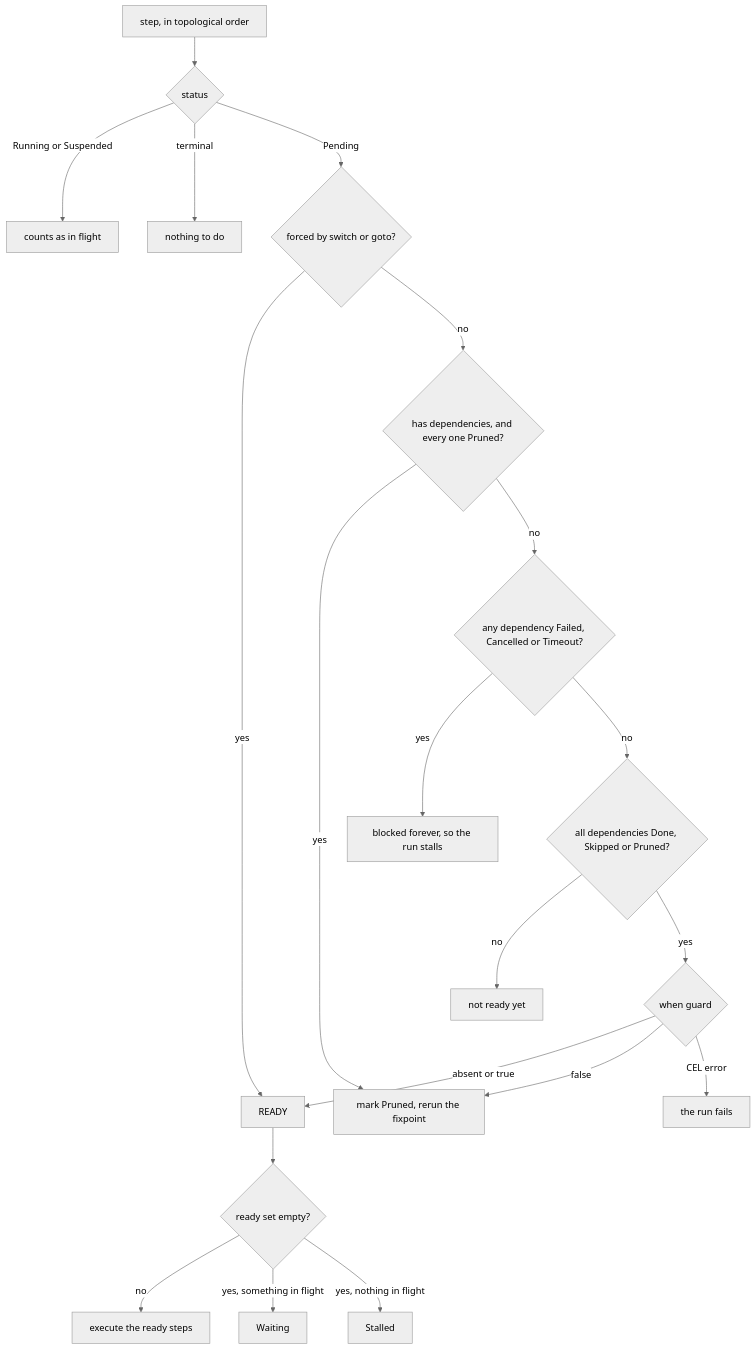
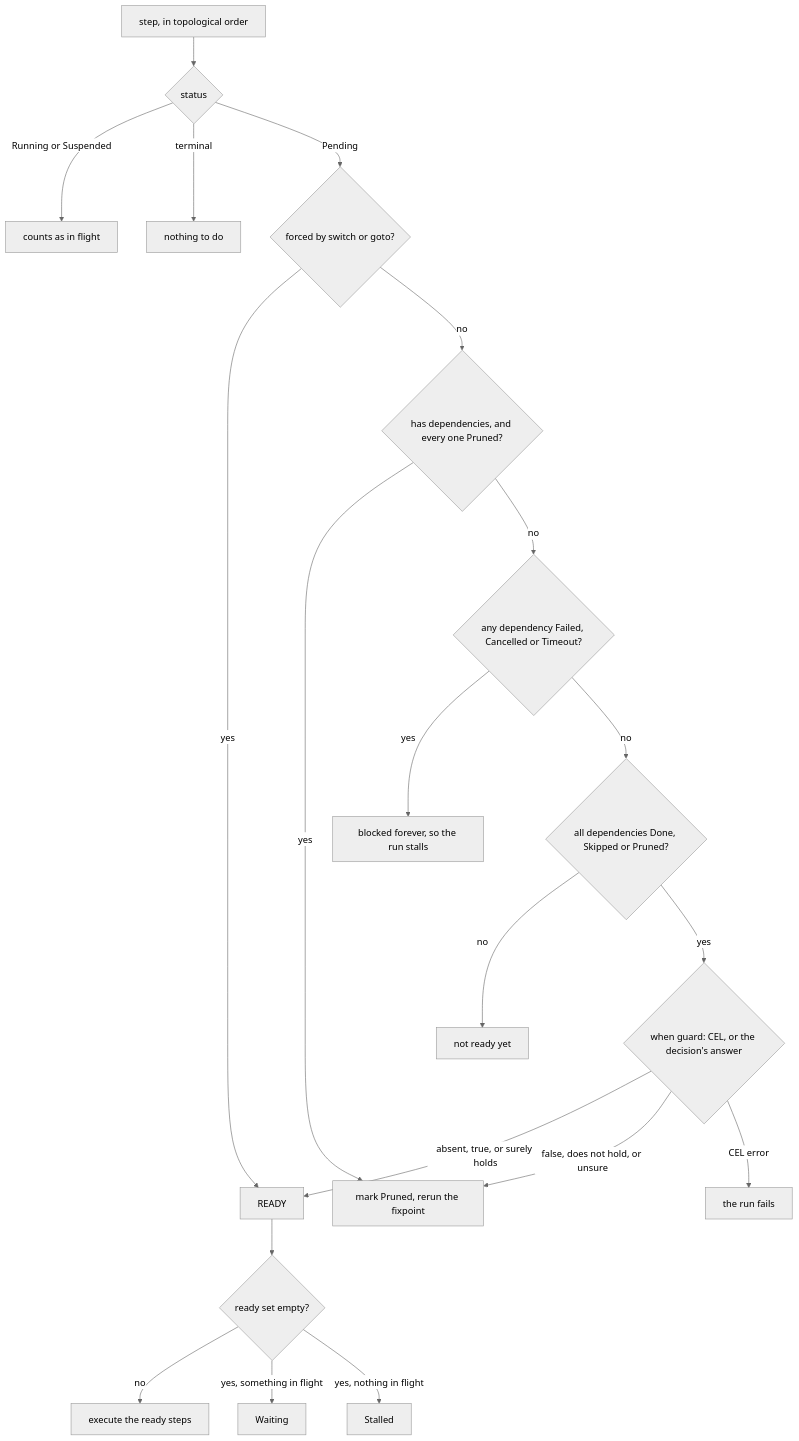
Before and after one commit to agentd-dev/source-code: the fourth of 4 diagrams in docs/workflows.md, drawn with Mermaid (neutral theme). The commit also changed other lines of this file and 45 other files, not shown here.

````diff
--- a/docs/workflows.md
+++ b/docs/workflows.md
@@ -901,22 +911,22 @@
 ```mermaid
 flowchart TD
     A["step, in topological order"] --> B{"status"}
     B -->|"Running or Suspended"| C["counts as in flight"]
     B -->|"terminal"| D["nothing to do"]
     B -->|"Pending"| E{"forced by switch or goto?"}
     E -->|"yes"| R["READY"]
     E -->|"no"| Q{"has dependencies, and every one Pruned?"}
     Q -->|"yes"| K["mark Pruned, rerun the fixpoint"]
     Q -->|"no"| F{"any dependency Failed, Cancelled or Timeout?"}
     F -->|"yes"| G["blocked forever, so the run stalls"]
     F -->|"no"| H{"all dependencies Done, Skipped or Pruned?"}
     H -->|"no"| I["not ready yet"]
-    H -->|"yes"| J{"when guard"}
-    J -->|"absent or true"| R
-    J -->|"false"| K
+    H -->|"yes"| J{"when guard: CEL, or the decision's answer"}
+    J -->|"absent, true, or surely holds"| R
+    J -->|"false, does not hold, or unsure"| K
     J -->|"CEL error"| L["the run fails"]
     R --> M{"ready set empty?"}
     M -->|"no"| N["execute the ready steps"]
     M -->|"yes, something in flight"| O["Waiting"]
     M -->|"yes, nothing in flight"| P["Stalled"]
 ```
````
